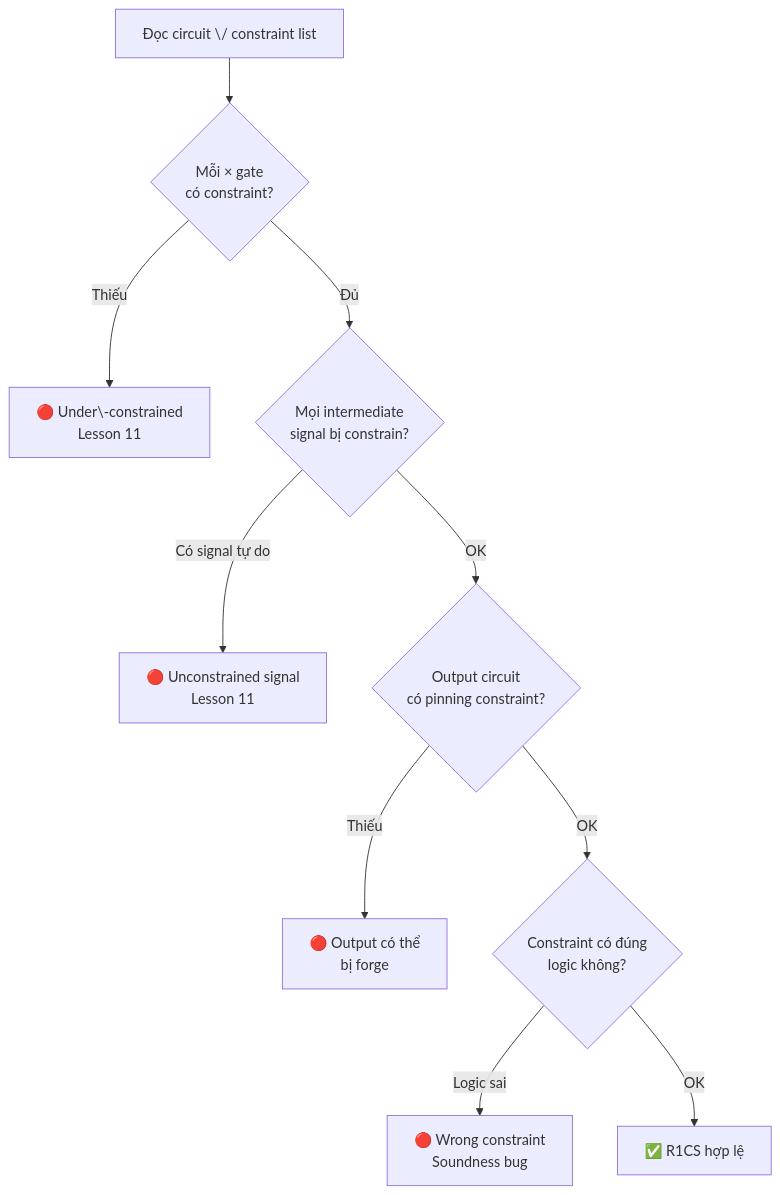
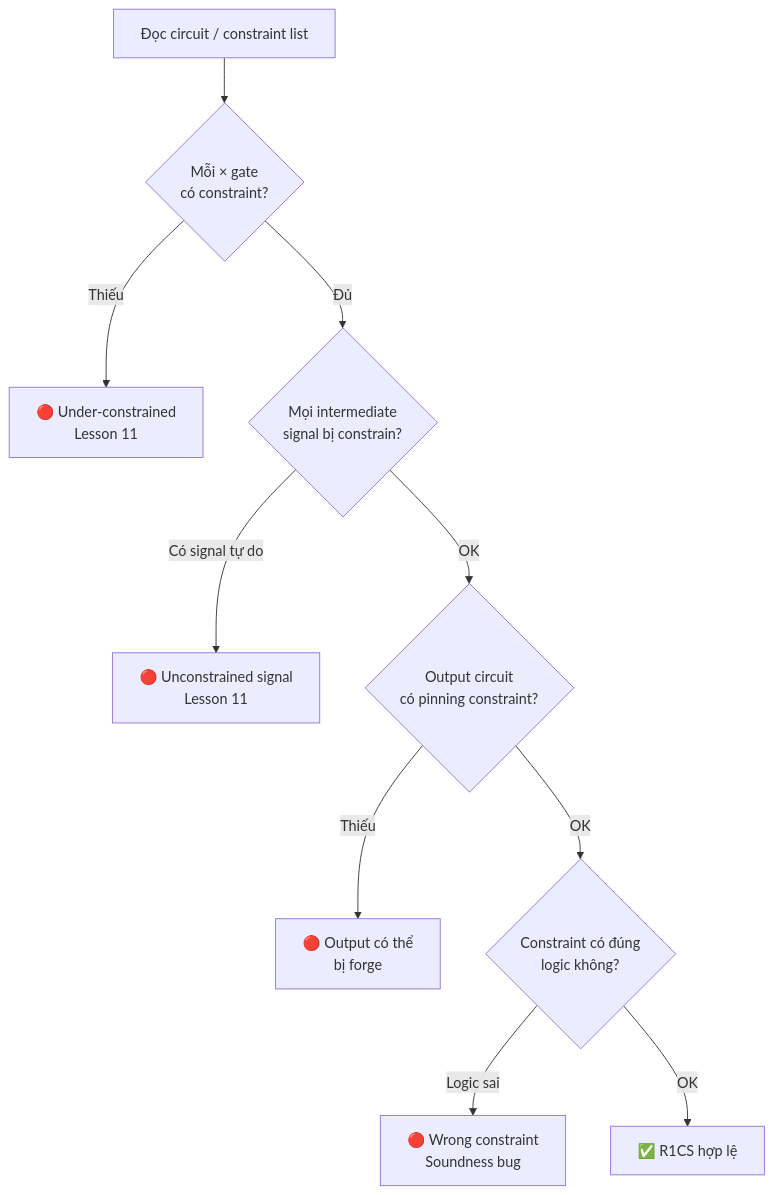
The fourth of 4 diagrams in content/zkverify-series/arithmetic-circuits/07-circuit-to-r1cs.md (nhatminh65537/kitsu-quartz), drawn with Mermaid before and after one commit. The commit also changed other lines of this file and 127 other files, not shown here.

````diff
--- a/content/zkverify-series/arithmetic-circuits/07-circuit-to-r1cs.md
+++ b/content/zkverify-series/arithmetic-circuits/07-circuit-to-r1cs.md
@@ -327,12 +319,12 @@
 ```mermaid
 flowchart TD
-    A["Đọc circuit \/ constraint list"] --> B{"Mỗi × gate<br>có constraint?"}
-    B -->|"Thiếu"| C["🔴 Under\-constrained<br>Lesson 11"]
+    A["Đọc circuit / constraint list"] --> B{"Mỗi × gate<br>có constraint?"}
+    B -->|"Thiếu"| C["🔴 Under-constrained<br>Lesson 11"]
     B -->|"Đủ"| D{"Mọi intermediate<br>signal bị constrain?"}
     D -->|"Có signal tự do"| E["🔴 Unconstrained signal<br>Lesson 11"]
     D -->|"OK"| F{"Output circuit<br>có pinning constraint?"}
     F -->|"Thiếu"| G["🔴 Output có thể<br>bị forge"]
     F -->|"OK"| H{"Constraint có đúng<br>logic không?"}
     H -->|"Logic sai"| I["🔴 Wrong constraint<br>Soundness bug"]
     H -->|"OK"| J["✅ R1CS hợp lệ"]
 ```
````
